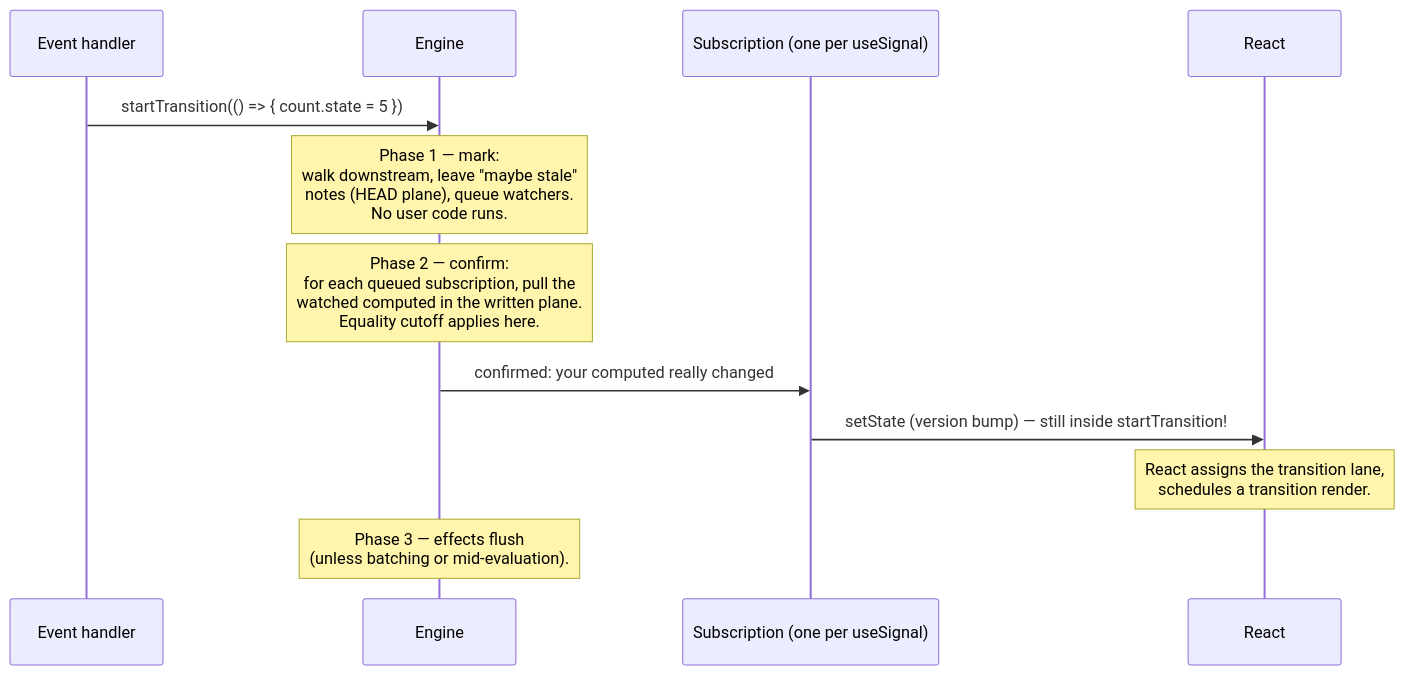
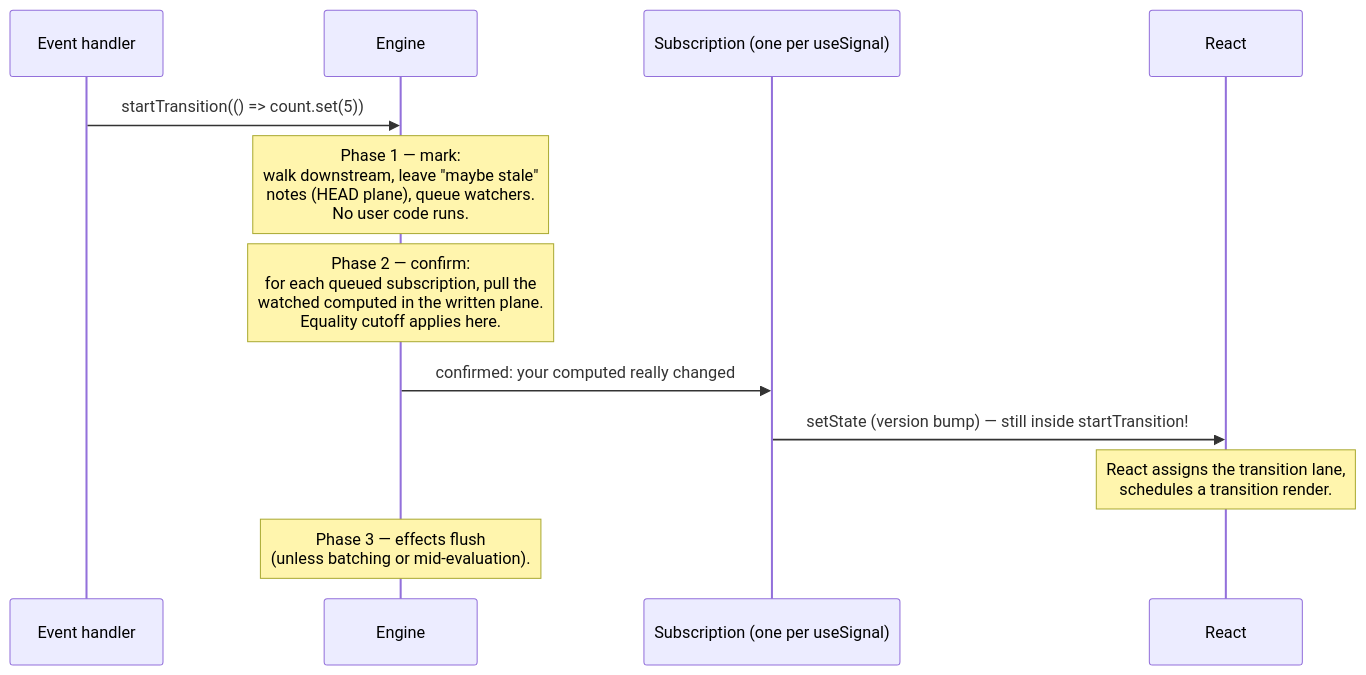
One commit to justjake/cosignal changed the fourth of 4 diagrams in DESIGN.md. Above: the diagram before and after it, drawn with Mermaid. The commit also changed other lines of this file and 18 other files, not shown here.

````diff
--- a/DESIGN.md
+++ b/DESIGN.md
@@ -548,14 +566,14 @@
 ```mermaid
 sequenceDiagram
     participant H as Event handler
     participant E as Engine
     participant S as Subscription (one per useSignal)
     participant R as React
-    H->>E: startTransition(() => { count.state = 5 })
+    H->>E: startTransition(() => count.set(5))
     Note over E: Phase 1 — mark:<br/>walk downstream, leave "maybe stale"<br/>notes (HEAD plane), queue watchers.<br/>No user code runs.
     Note over E: Phase 2 — confirm:<br/>for each queued subscription, pull the<br/>watched computed in the written plane.<br/>Equality cutoff applies here.
     E->>S: confirmed: your computed really changed
     S->>R: setState (version bump) — still inside startTransition!
     Note over R: React assigns the transition lane,<br/>schedules a transition render.
     Note over E: Phase 3 — effects flush<br/>(unless batching or mid-evaluation).
 ```
````
